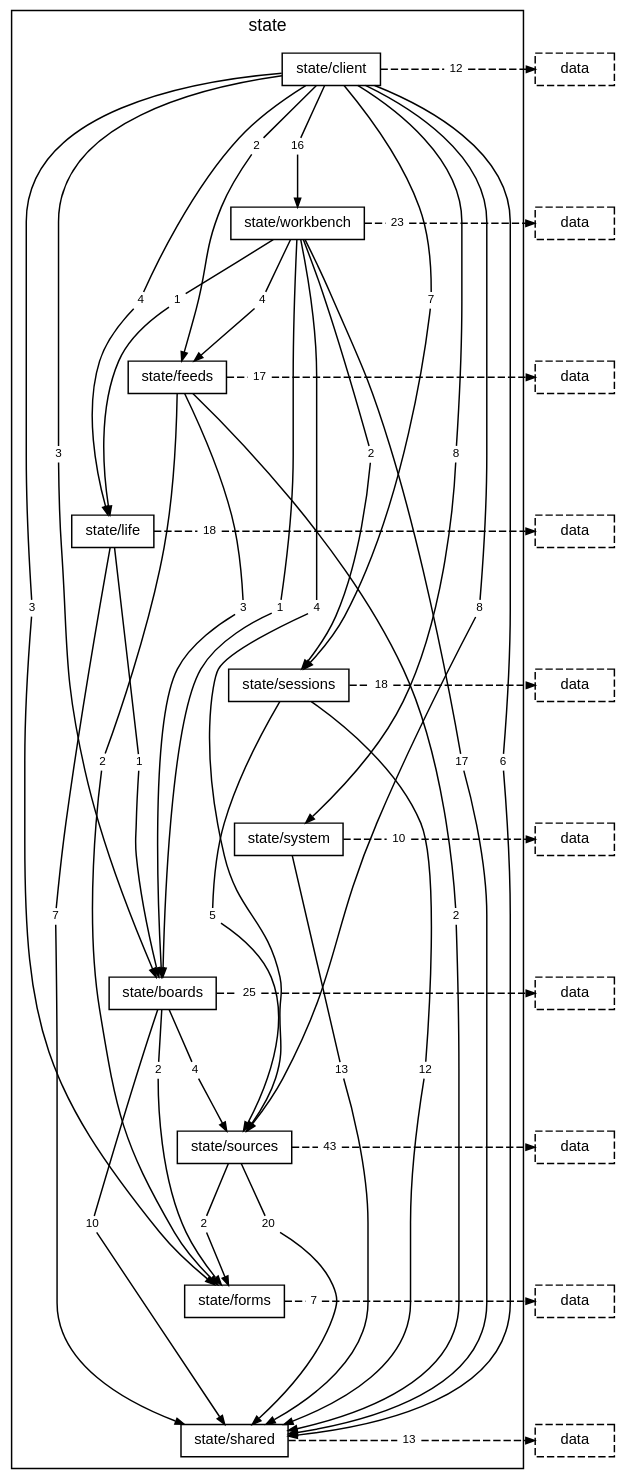
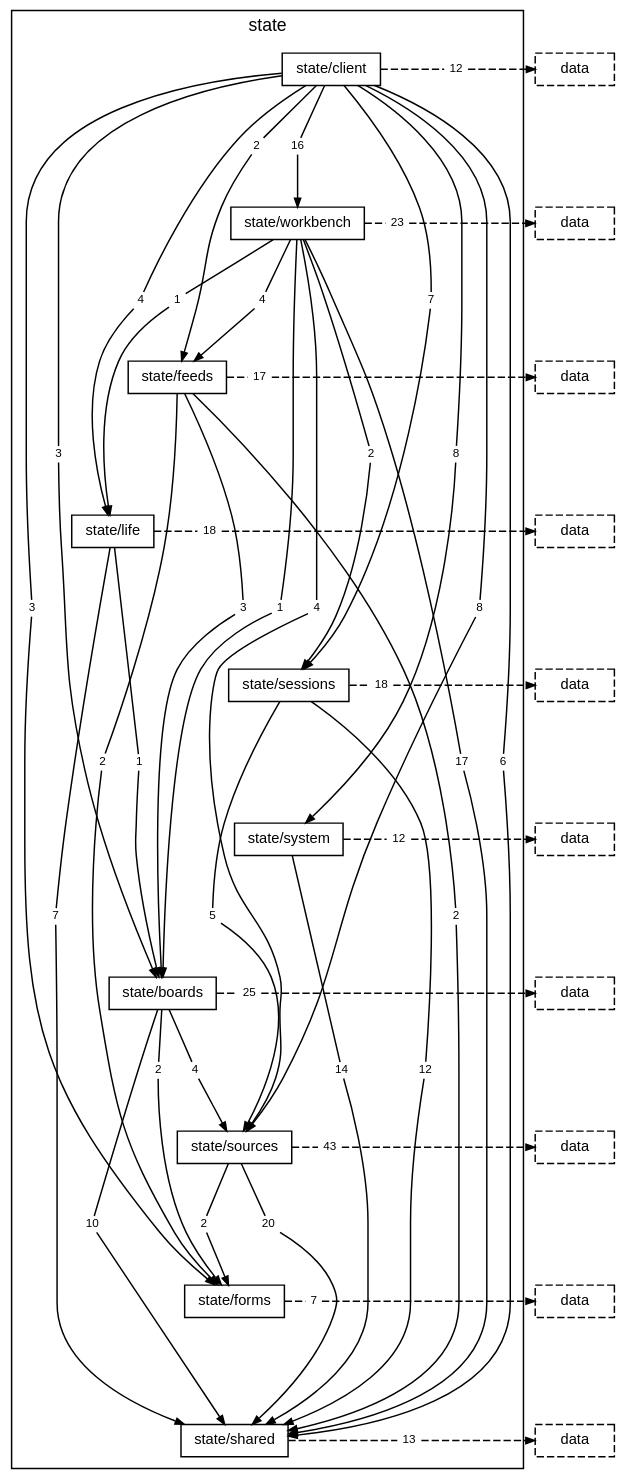
The diagram in docs/diagrams/layer-state.dot (TheAxeC/oculus), drawn with Graphviz before and after one commit. The commit also changed 136 other files, not shown here.

```diff
--- a/docs/diagrams/layer-state.dot
+++ b/docs/diagrams/layer-state.dot
@@ -41,8 +41,8 @@
         "folder state/sessions to folder state/shared" [label="12", shape=box, color="transparent", fontsize=8, width=0, height=0, margin="0.04,0.02"];
         "folder state/sessions to folder state/sources" [label="5", shape=box, color="transparent", fontsize=8, width=0, height=0, margin="0.04,0.02"];
         "folder state/sessions to layer data" [label="18", shape=box, color="transparent", fontsize=8, width=0, height=0, margin="0.04,0.02"];
-        "folder state/system to folder state/shared" [label="13", shape=box, color="transparent", fontsize=8, width=0, height=0, margin="0.04,0.02"];
-        "folder state/system to layer data" [label="10", shape=box, color="transparent", fontsize=8, width=0, height=0, margin="0.04,0.02"];
+        "folder state/system to folder state/shared" [label="14", shape=box, color="transparent", fontsize=8, width=0, height=0, margin="0.04,0.02"];
+        "folder state/system to layer data" [label="12", shape=box, color="transparent", fontsize=8, width=0, height=0, margin="0.04,0.02"];
         "folder state/boards to folder state/forms" [label="2", shape=box, color="transparent", fontsize=8, width=0, height=0, margin="0.04,0.02"];
         "folder state/boards to folder state/shared" [label="10", shape=box, color="transparent", fontsize=8, width=0, height=0, margin="0.04,0.02"];
         "folder state/boards to folder state/sources" [label="4", shape=box, color="transparent", fontsize=8, width=0, height=0, margin="0.04,0.02"];
```
